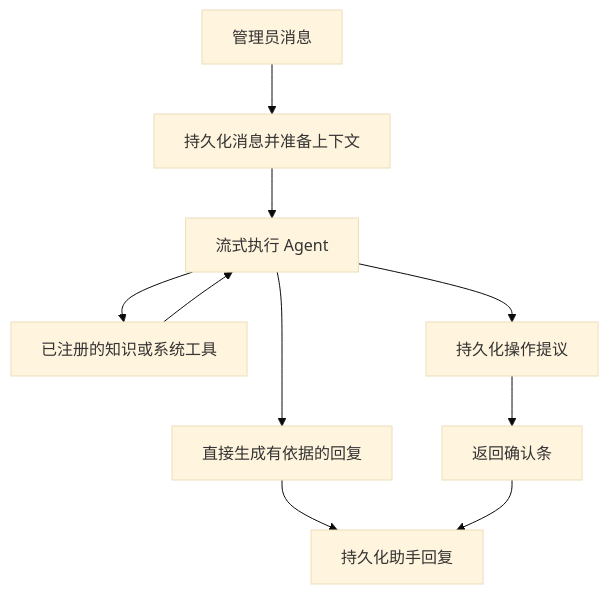
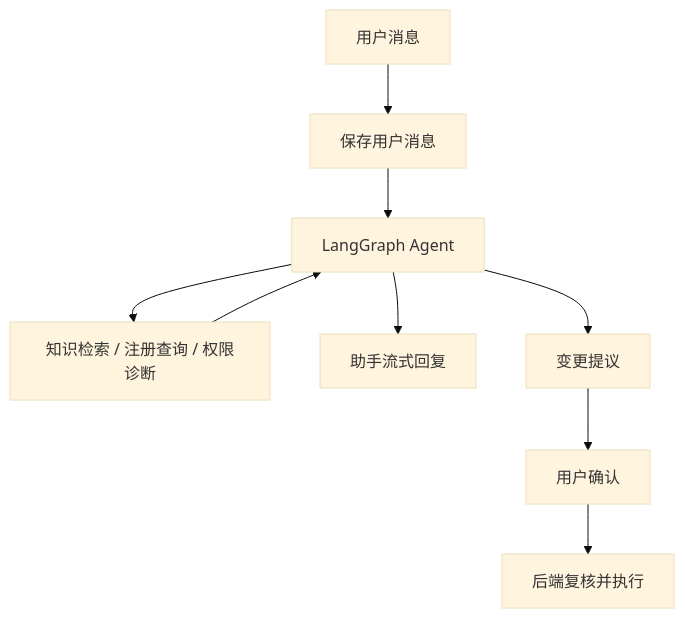
One commit to OSpoon/api-starter-kit changed the diagram in docs/ai-assistant-capabilities.md. Above: the diagram before and after it, drawn with Mermaid (base theme). The commit also changed other lines of this file and 18 other files, not shown here.

````diff
--- a/docs/ai-assistant-capabilities.md
+++ b/docs/ai-assistant-capabilities.md
@@ -17,12 +17,11 @@
 ```mermaid
 flowchart TB
-  A["管理员消息"] --> B["持久化消息并准备上下文"]
-  B --> C["流式执行 Agent"]
-  C --> D["直接生成有依据的回复"]
-  C --> E["已注册的知识或系统工具"]
-  E --> C
-  C --> F["持久化操作提议"]
-  F --> G["返回确认条"]
-  D --> H["持久化助手回复"]
-  G --> H
+  A["用户消息"] --> B["保存用户消息"]
+  B --> C["LangGraph Agent"]
+  C --> D["知识检索 / 注册查询 / 权限诊断"]
+  D --> C
+  C --> E["助手流式回复"]
+  C --> F["变更提议"]
+  F --> G["用户确认"]
+  G --> H["后端复核并执行"]
 ```
````
